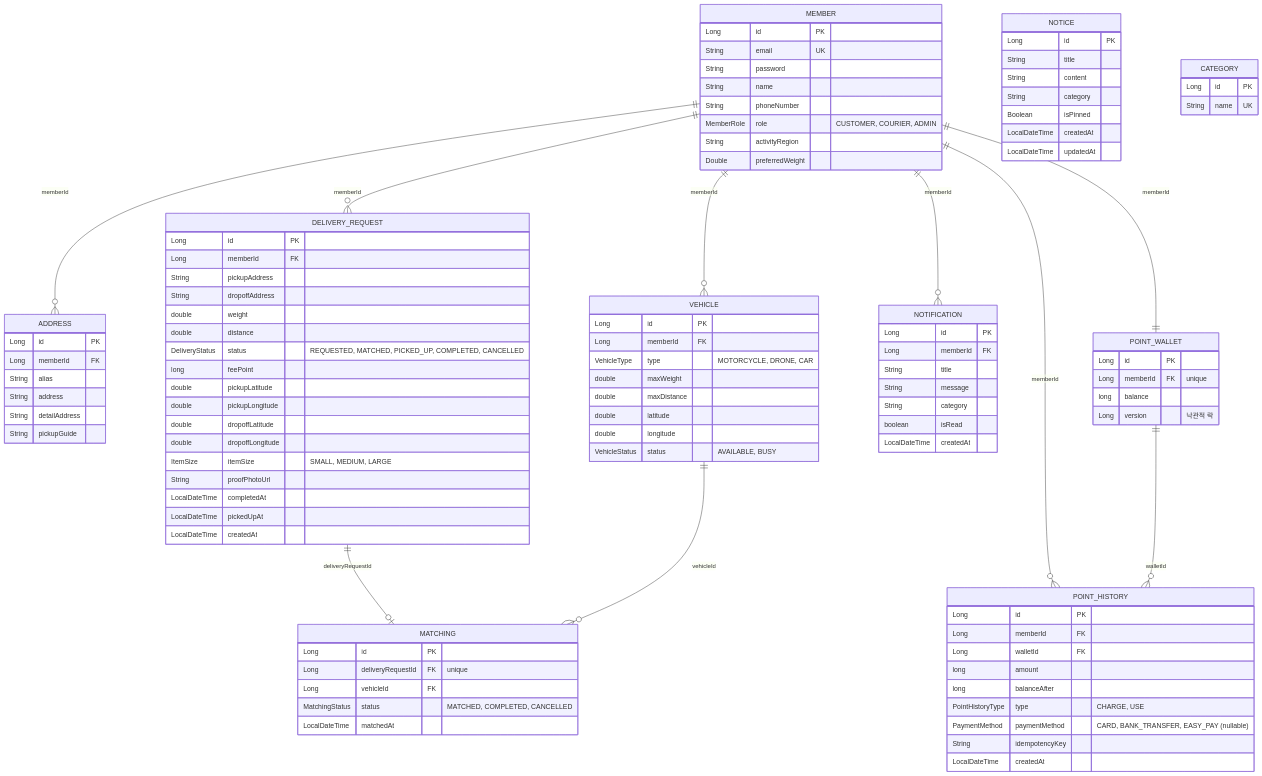
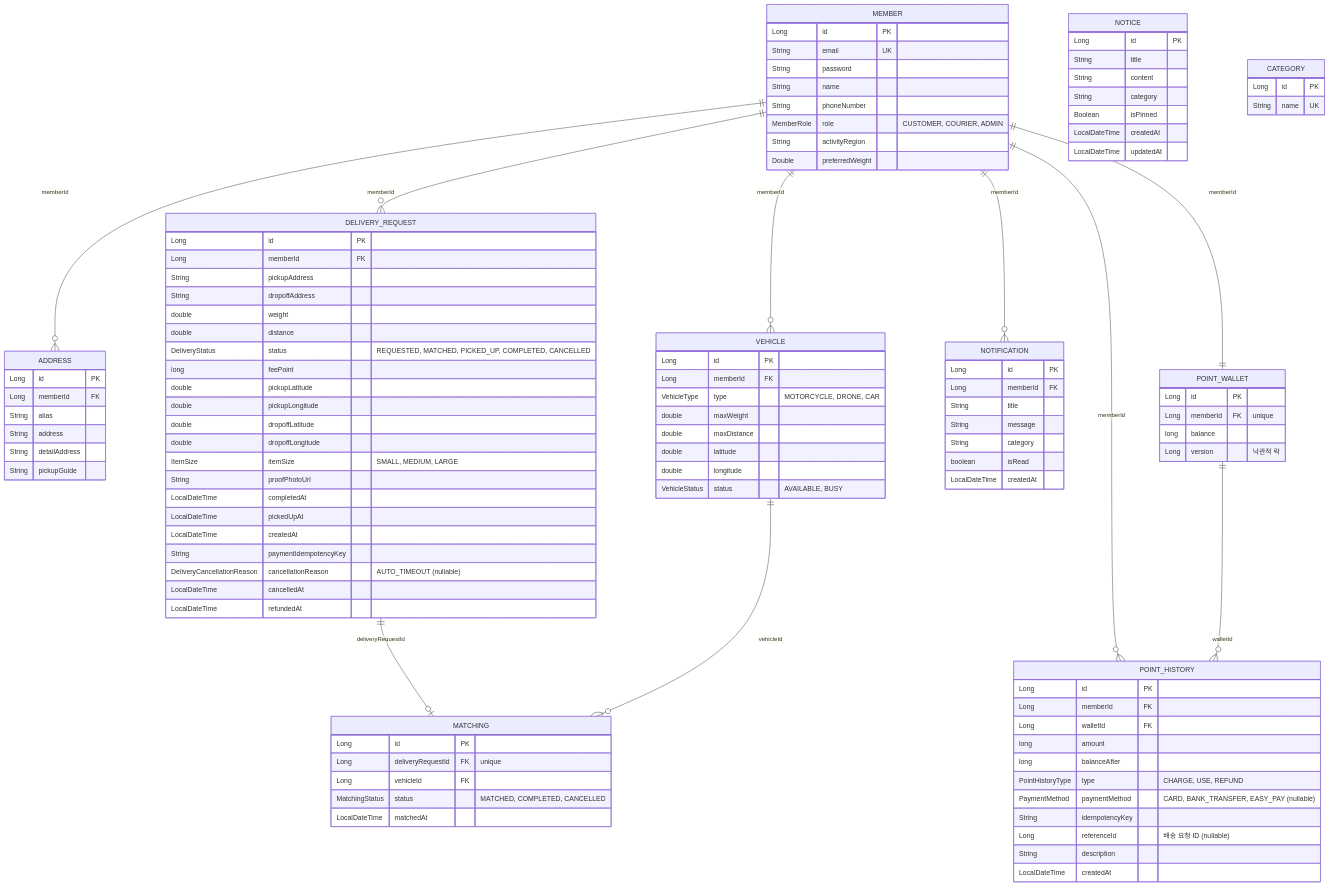
Before and after one commit to ShinhanDSProject/shinhan-delivery: the diagram in docs/architecture/ERD-데이터베이스-연관관계도.md, drawn with Mermaid. The commit also changed other lines of this file and 34 other files, not shown here.

```diff
--- a/docs/architecture/ERD-데이터베이스-연관관계도.md
+++ b/docs/architecture/ERD-데이터베이스-연관관계도.md
@@ -91,6 +91,10 @@
         LocalDateTime completedAt
         LocalDateTime pickedUpAt
         LocalDateTime createdAt
+        String paymentIdempotencyKey
+        DeliveryCancellationReason cancellationReason "AUTO_TIMEOUT (nullable)"
+        LocalDateTime cancelledAt
+        LocalDateTime refundedAt
     }
 
     MATCHING {
@@ -114,9 +118,11 @@
         Long walletId FK
         long amount
         long balanceAfter
-        PointHistoryType type "CHARGE, USE"
+        PointHistoryType type "CHARGE, USE, REFUND"
         PaymentMethod paymentMethod "CARD, BANK_TRANSFER, EASY_PAY (nullable)"
         String idempotencyKey
+        Long referenceId "배송 요청 ID (nullable)"
+        String description
         LocalDateTime createdAt
     }
 
```
